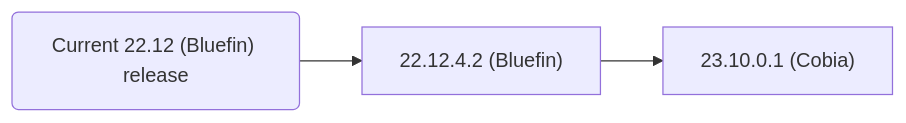
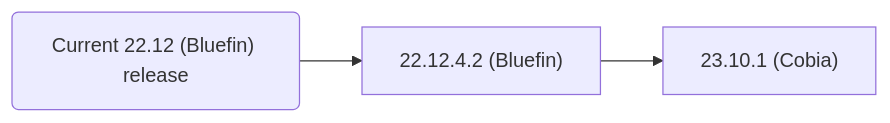
Before and after one commit to truenas/documentation: the second of 2 diagrams in content/GettingStarted/SCALEReleaseNotes.md, drawn with Mermaid. The commit also changed other lines of this file and 1 other file, not shown here.

````diff
--- a/content/GettingStarted/SCALEReleaseNotes.md
+++ b/content/GettingStarted/SCALEReleaseNotes.md
@@ -134,4 +134,4 @@
-```mermaid
+{{< mermaid class="mermaid_sizing" >}}
 flowchart LR
-A("Current 22.12 (Bluefin) release") --> B["22.12.4.2 (Bluefin)"] --> C["23.10.0.1 (Cobia)"]
-```
+A("Current 22.12 (Bluefin) release") --> B["22.12.4.2 (Bluefin)"] --> C["23.10.1 (Cobia)"]
+{{< /mermaid >}}
````
